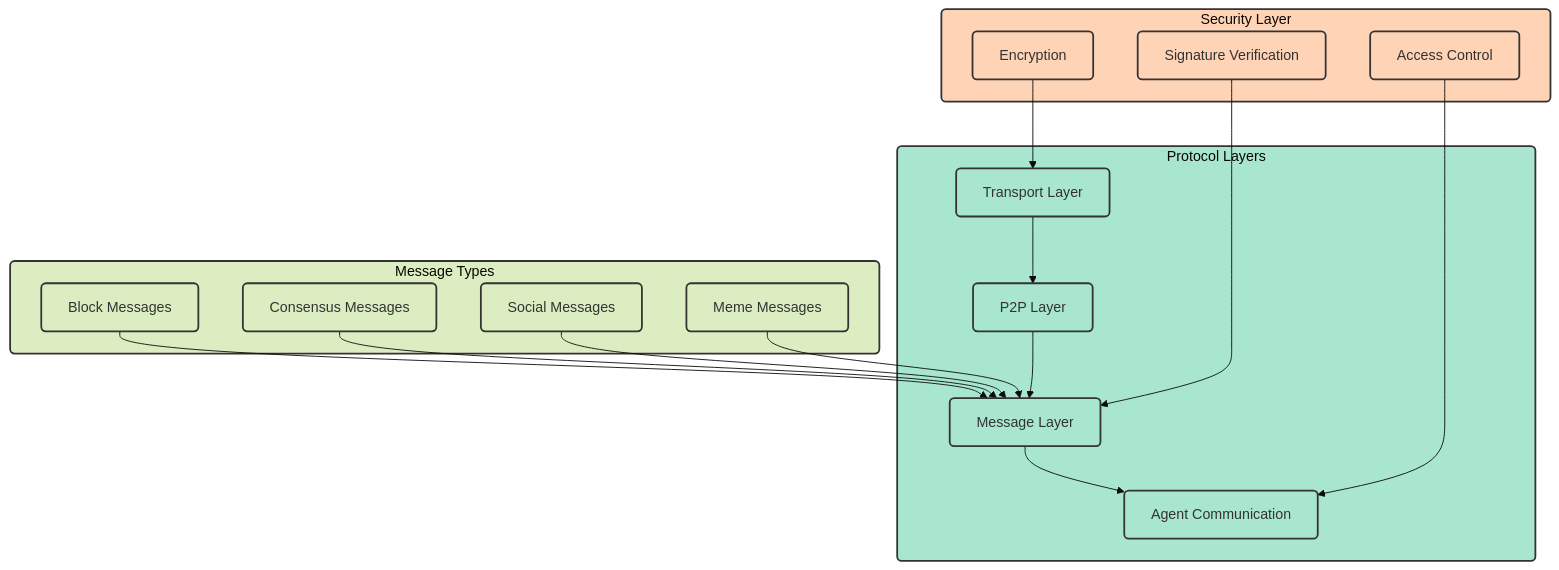
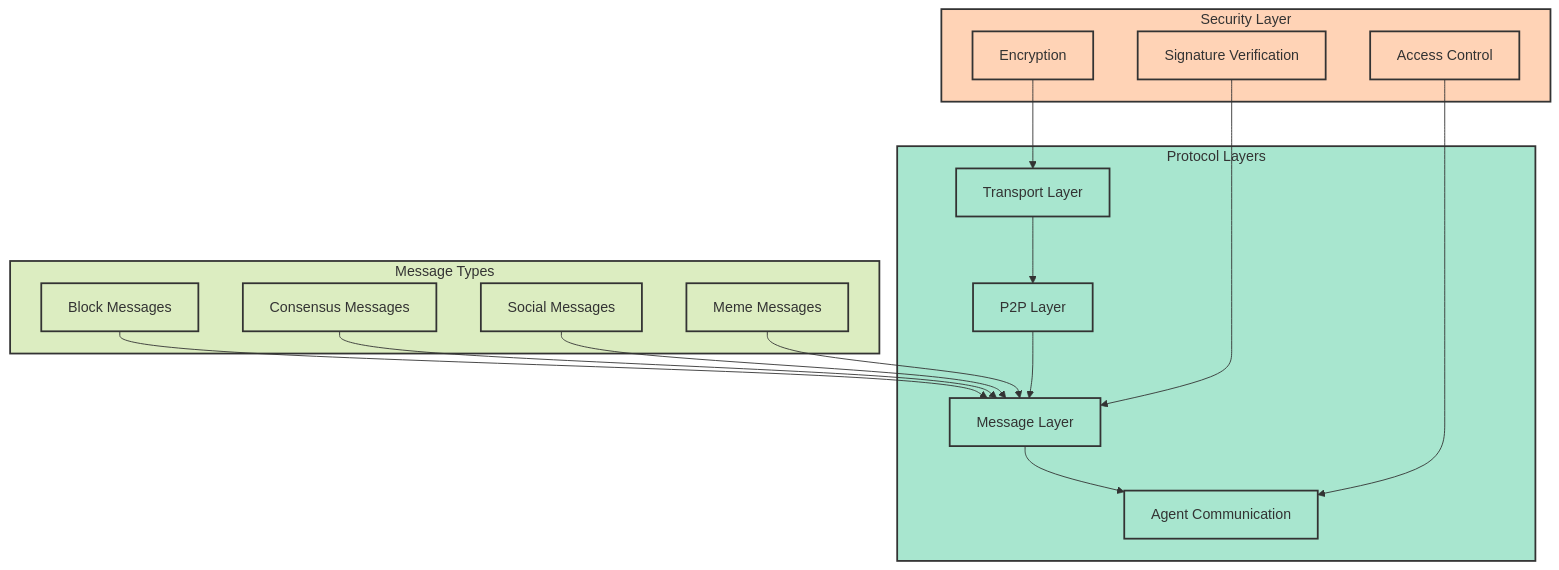
Before and after one commit to SumeetChougule/chaoschain: the fifth of 6 diagrams in docs/introduction/architecture.md, drawn with Mermaid. The commit also changed other lines of this file, not shown here.

Commit message:
Simplify Mermaid syntax for better GitBook compatibility

````diff
--- a/docs/introduction/architecture.md
+++ b/docs/introduction/architecture.md
@@ -201,43 +198,42 @@
 ```mermaid
-%%{init: {'theme': 'base', 'themeVariables': { 'fontSize': '16px', 'fontFamily': 'arial' }}}%%
 flowchart TB
     subgraph Protocol["Protocol Layers"]
         T["Transport Layer"]
         P["P2P Layer"]
         M["Message Layer"]
         A["Agent Communication"]
     end
     
     subgraph Messages["Message Types"]
         B["Block Messages"]
         C["Consensus Messages"]
         S["Social Messages"]
         ME["Meme Messages"]
     end
     
     subgraph Security["Security Layer"]
         E["Encryption"]
         SI["Signature Verification"]
         AC["Access Control"]
     end
     
     T --> P
     P --> M
     M --> A
     B --> M
     C --> M
     S --> M
     ME --> M
     E --> T
     SI --> M
     AC --> A
     
-    classDef default fill:#f8f9fa,stroke:#333,stroke-width:2px,rx:5,ry:5
-    classDef protocol fill:#a8e6cf,stroke:#333,stroke-width:2px,rx:5,ry:5
-    classDef messages fill:#dcedc1,stroke:#333,stroke-width:2px,rx:5,ry:5
-    classDef security fill:#ffd3b6,stroke:#333,stroke-width:2px,rx:5,ry:5
+    classDef default fill:#f8f9fa,stroke:#333,stroke-width:2px
+    classDef protocol fill:#a8e6cf,stroke:#333,stroke-width:2px
+    classDef messages fill:#dcedc1,stroke:#333,stroke-width:2px
+    classDef security fill:#ffd3b6,stroke:#333,stroke-width:2px
     
     class T,P,M,A,Protocol protocol
     class B,C,S,ME,Messages messages
     class E,SI,AC,Security security
 ```
````
